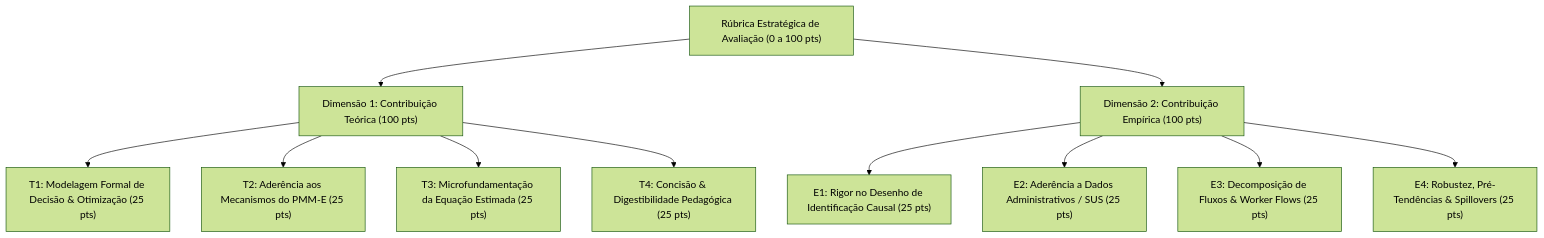
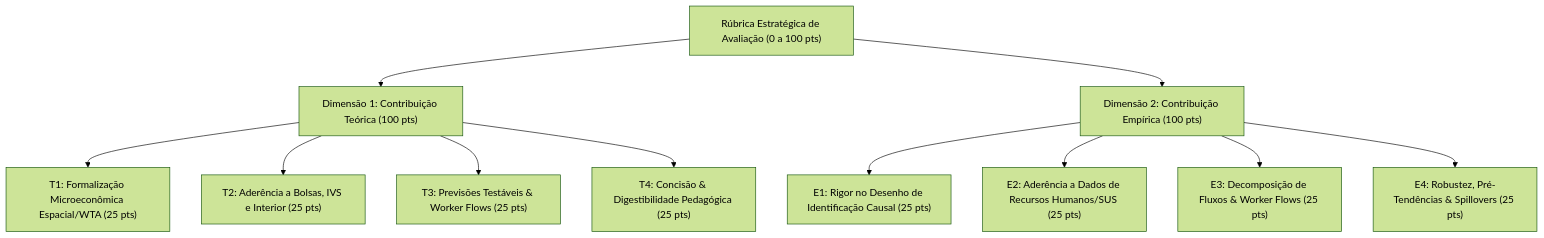
The diagram in docs/09_rubrica_estrategica_e_selecao_teorica.md (ka1victor/impact-eval-health-econ-pmme), drawn with Mermaid (forest theme) before and after one commit. The commit also changed other lines of this file and 76 other files, not shown here.

First line of the commit message:
feat(tema): auditar atracao e provimento no interior, modelagem micro e filas A1-A6 e R1-R5

````diff
--- a/docs/09_rubrica_estrategica_e_selecao_teorica.md
+++ b/docs/09_rubrica_estrategica_e_selecao_teorica.md
@@ -13,15 +14,15 @@
 ```mermaid
 graph TD
     R["Rúbrica Estratégica de Avaliação (0 a 100 pts)"] --> T["Dimensão 1: Contribuição Teórica (100 pts)"]
     R --> E["Dimensão 2: Contribuição Empírica (100 pts)"]
     
-    T --> T1["T1: Modelagem Formal de Decisão & Otimização (25 pts)"]
-    T --> T2["T2: Aderência aos Mecanismos do PMM-E (25 pts)"]
-    T --> T3["T3: Microfundamentação da Equação Estimada (25 pts)"]
+    T --> T1["T1: Formalização Microeconômica Espacial/WTA (25 pts)"]
+    T --> T2["T2: Aderência a Bolsas, IVS e Interior (25 pts)"]
+    T --> T3["T3: Previsões Testáveis & Worker Flows (25 pts)"]
     T --> T4["T4: Concisão & Digestibilidade Pedagógica (25 pts)"]
     
     E --> E1["E1: Rigor no Desenho de Identificação Causal (25 pts)"]
-    E --> E2["E2: Aderência a Dados Administrativos / SUS (25 pts)"]
+    E --> E2["E2: Aderência a Dados de Recursos Humanos/SUS (25 pts)"]
     E --> E3["E3: Decomposição de Fluxos & Worker Flows (25 pts)"]
     E --> E4["E4: Robustez, Pré-Tendências & Spillovers (25 pts)"]
 ```
````
